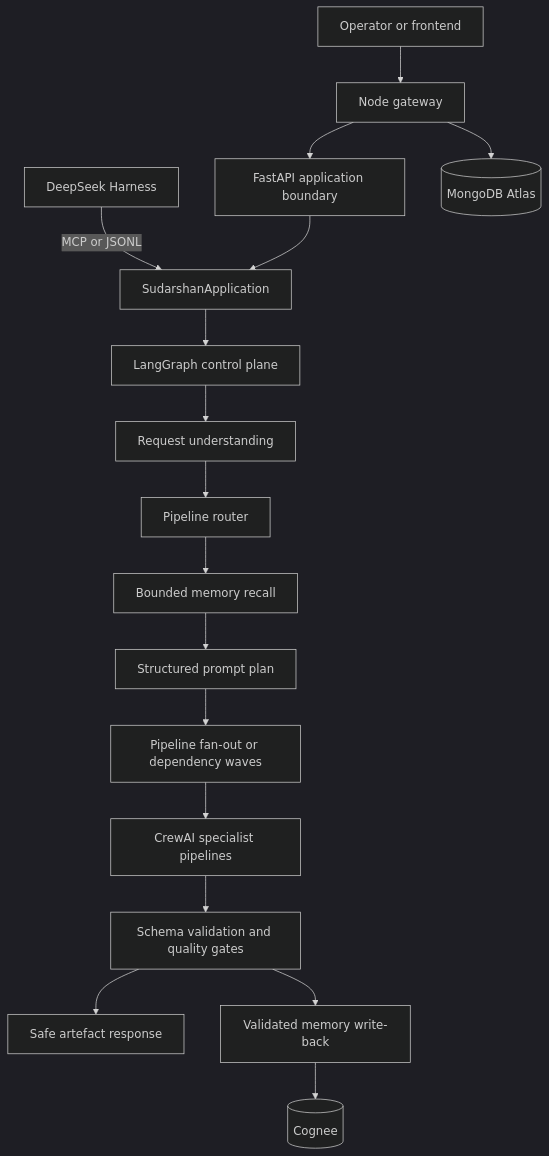
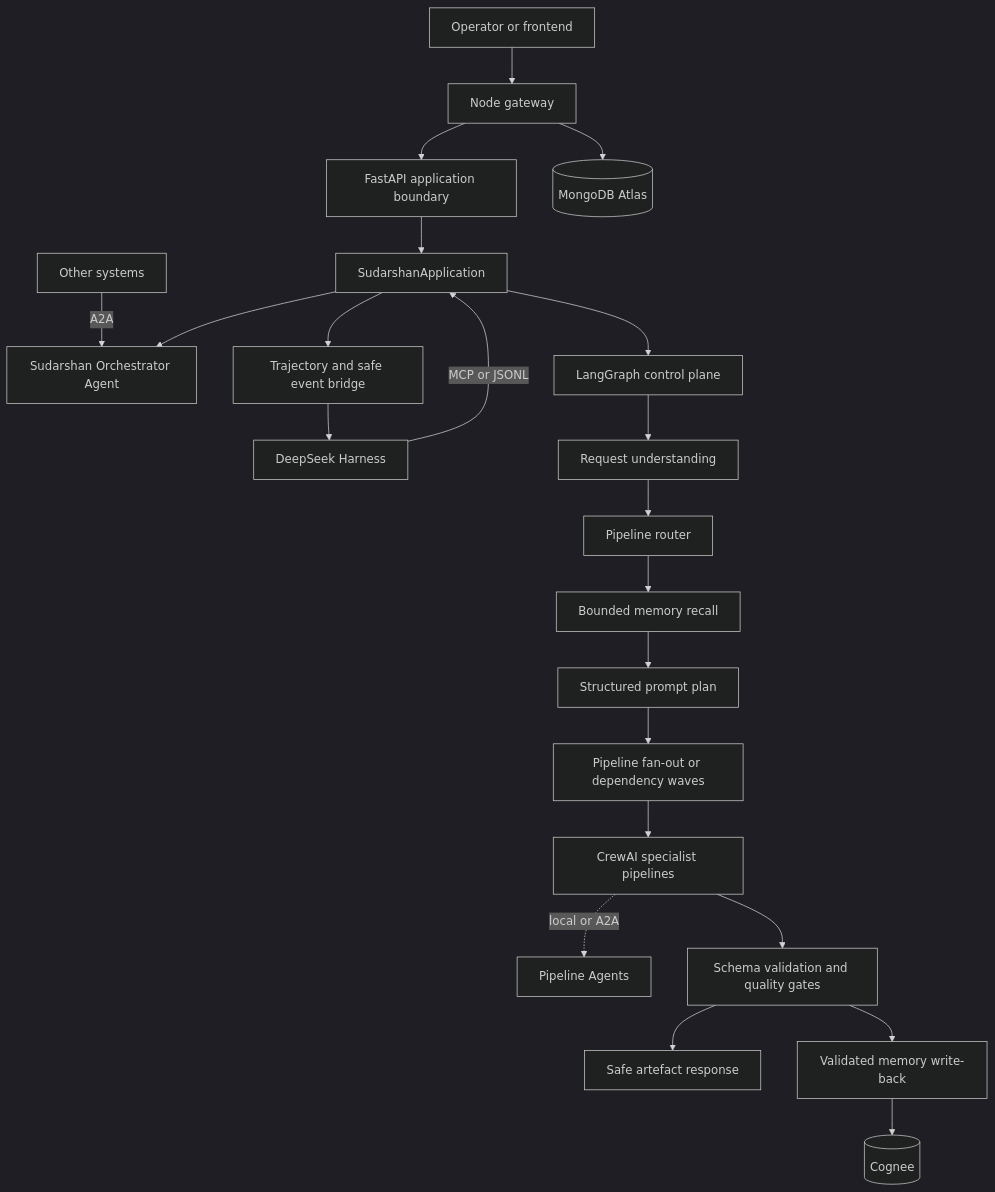
Before and after one commit to udit79/Sudarshan_agentic_core: the diagram in README.md, drawn with Mermaid (dark theme). The commit also changed other lines of this file and 40 other files, not shown here.

````diff
--- a/README.md
+++ b/README.md
@@ -151,19 +187,24 @@
 ```mermaid
 flowchart TD
     U[Operator or frontend] --> G[Node gateway]
     G --> API[FastAPI application boundary]
     H[DeepSeek Harness] -->|MCP or JSONL| APP[SudarshanApplication]
+    X[Other systems] -->|A2A| OR[Sudarshan Orchestrator Agent]
     API --> APP
+    APP --> OR
     APP --> L[LangGraph control plane]
     L --> RU[Request understanding]
     RU --> RT[Pipeline router]
     RT --> MR[Bounded memory recall]
     MR --> PP[Structured prompt plan]
     PP --> FAN[Pipeline fan-out or dependency waves]
     FAN --> CREW[CrewAI specialist pipelines]
+    CREW -. local or A2A .-> PA[Pipeline Agents]
     CREW --> Q[Schema validation and quality gates]
     Q --> ART[Safe artefact response]
     Q --> MEM[Validated memory write-back]
     MEM --> C[(Cognee)]
+    APP --> TR[Trajectory and safe event bridge]
+    TR --> H
     G --> DB[(MongoDB Atlas)]
 ```
````
